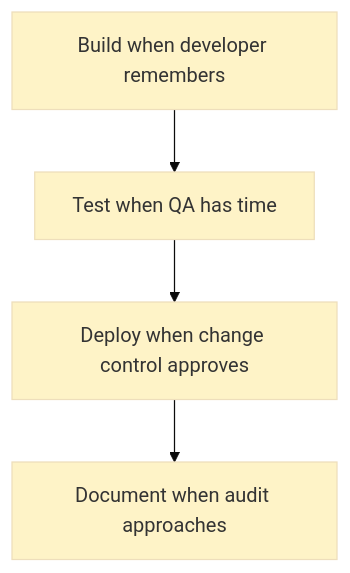
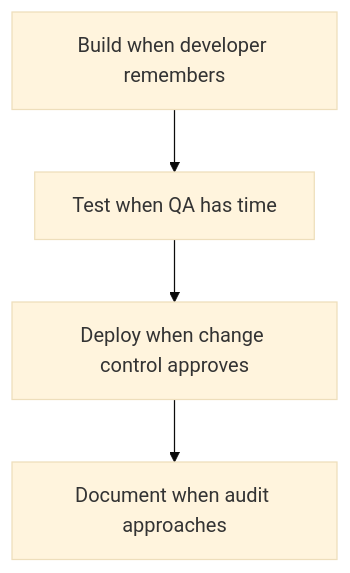
The fifth of 6 diagrams in docs/explanation/everything-as-code/paradigm.md (ready-to-release/eac), drawn with Mermaid (base theme) before and after one commit. The commit also changed other lines of this file and 28 other files, not shown here.

````diff
--- a/docs/explanation/everything-as-code/paradigm.md
+++ b/docs/explanation/everything-as-code/paradigm.md
@@ -163,10 +149,6 @@
 ```mermaid
 flowchart TD
     A[Build when developer remembers] --> B[Test when QA has time]
     B --> C[Deploy when change control approves]
     C --> D[Document when audit approaches]
-    style A fill:#fef3c7
-    style B fill:#fef3c7
-    style C fill:#fef3c7
-    style D fill:#fef3c7
 ```
````
